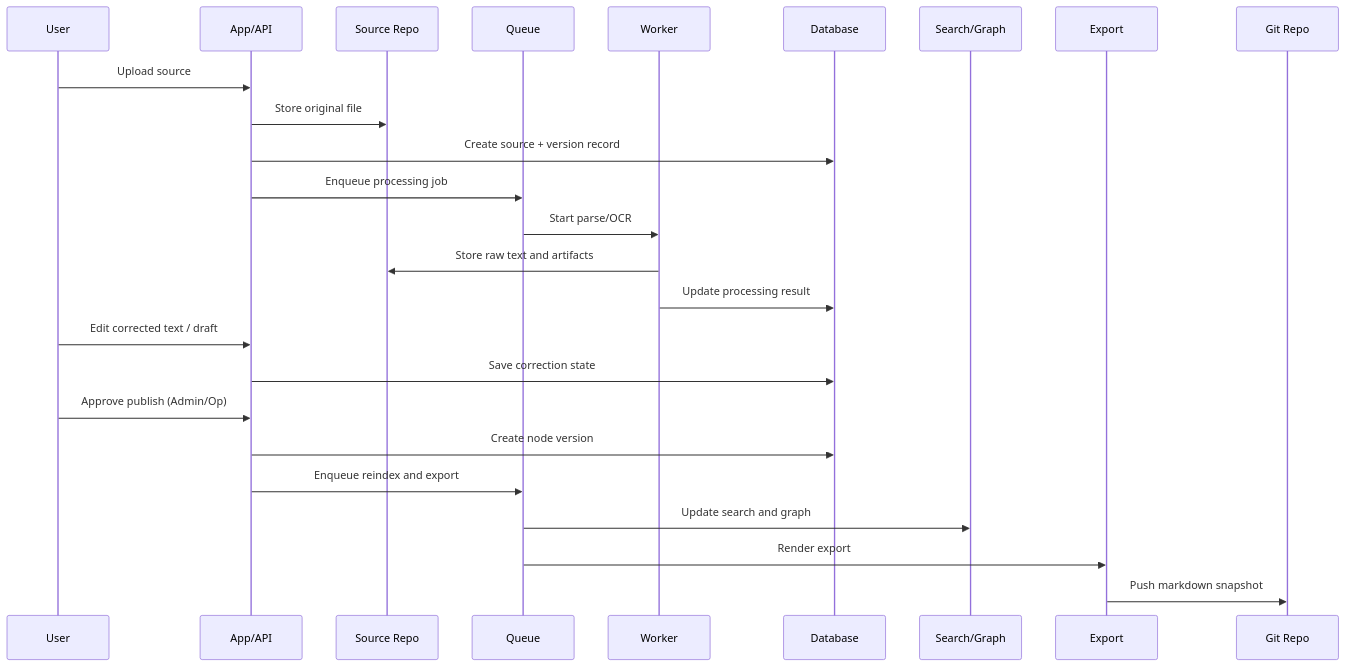
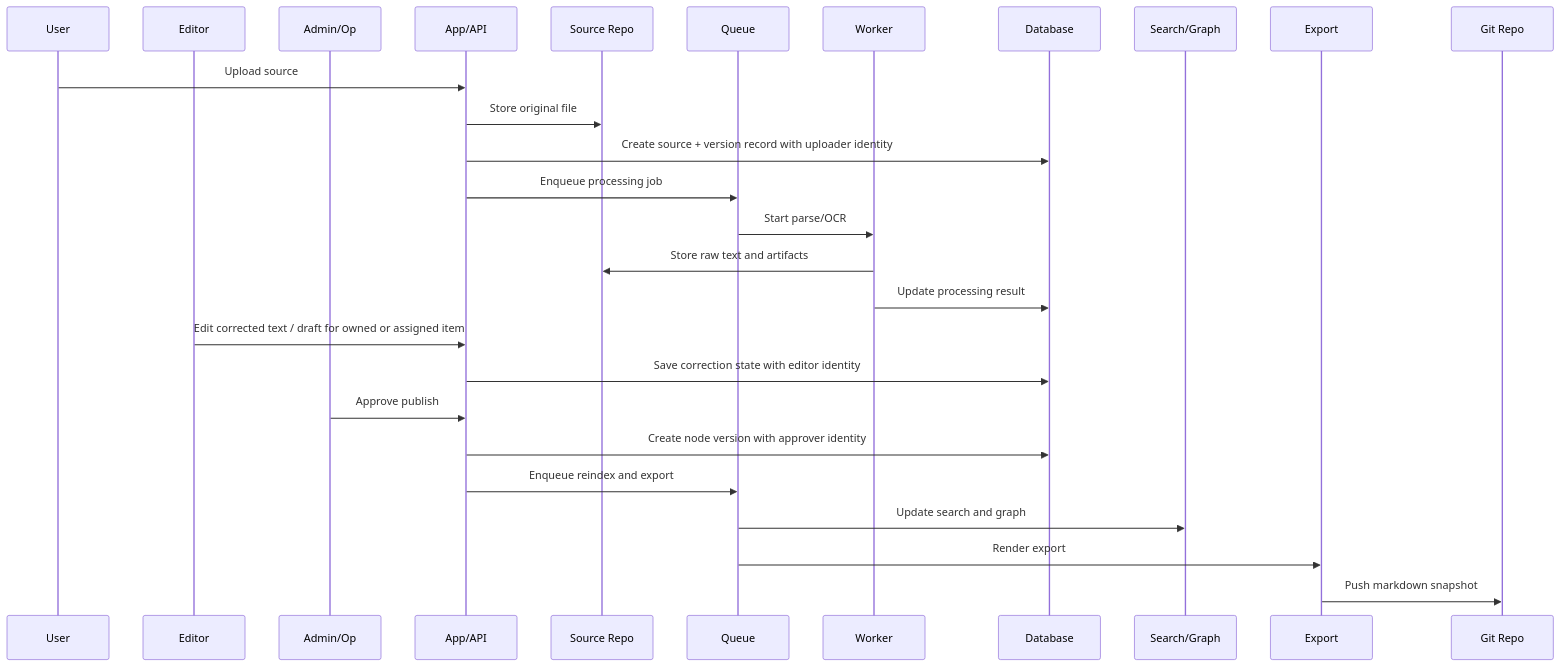
Before and after one commit to chicuongwg/WisdomTree: the diagram in docs/flows/app-user-data-flows.md, drawn with Mermaid. The commit also changed other lines of this file and 34 other files, not shown here.

First line of the commit message:
docs: redesign accountability model and user-facing flows

````diff
--- a/docs/flows/app-user-data-flows.md
+++ b/docs/flows/app-user-data-flows.md
@@ -34,28 +34,30 @@
 ```mermaid
 sequenceDiagram
     participant U as User
+    participant R as Editor
+    participant O as Admin/Op
     participant A as App/API
     participant S as Source Repo
     participant Q as Queue
     participant W as Worker
     participant D as Database
     participant X as Search/Graph
     participant E as Export
     participant G as Git Repo
 
     U->>A: Upload source
     A->>S: Store original file
-    A->>D: Create source + version record
+    A->>D: Create source + version record with uploader identity
     A->>Q: Enqueue processing job
     Q->>W: Start parse/OCR
     W->>S: Store raw text and artifacts
     W->>D: Update processing result
-    U->>A: Edit corrected text / draft
-    A->>D: Save correction state
-    U->>A: Approve publish (Admin/Op)
-    A->>D: Create node version
+    R->>A: Edit corrected text / draft for owned or assigned item
+    A->>D: Save correction state with editor identity
+    O->>A: Approve publish
+    A->>D: Create node version with approver identity
     A->>Q: Enqueue reindex and export
     Q->>X: Update search and graph
     Q->>E: Render export
     E->>G: Push markdown snapshot
 ```
````
